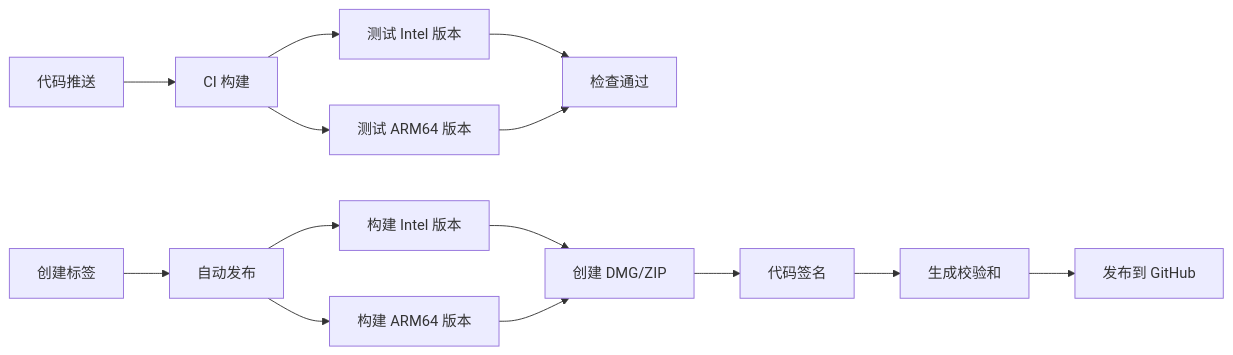
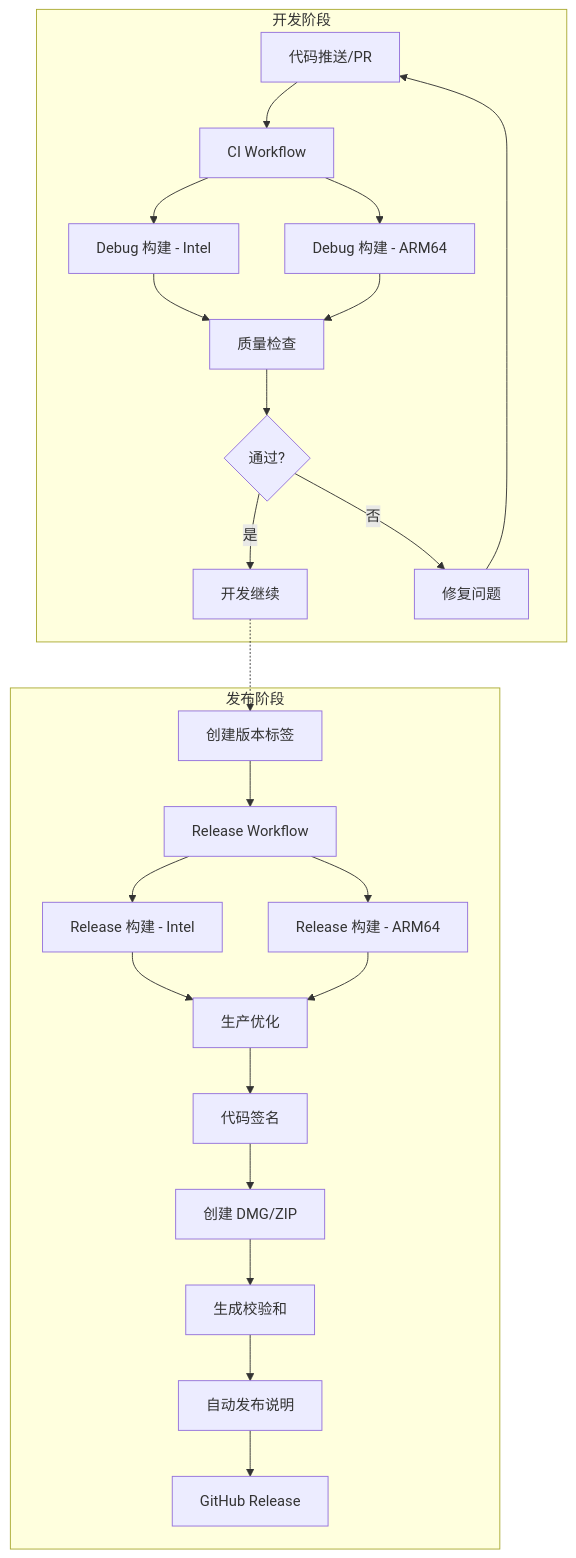
The diagram in docs/CI_SETUP_SUMMARY.md (tekintian/QuickLauncher), drawn with Mermaid before and after one commit. The commit also changed other lines of this file, not shown here.

First line of the commit message:
docs: Add comprehensive CI/CD workflow design principles to CI_SETUP_SUMMARY.md

````diff
--- a/docs/CI_SETUP_SUMMARY.md
+++ b/docs/CI_SETUP_SUMMARY.md
@@ -128,16 +252,29 @@
 ```mermaid
-graph LR
-    A[代码推送] --> B[CI 构建]
-    B --> C[测试 Intel 版本]
-    B --> D[测试 ARM64 版本]
-    C --> E[检查通过]
-    D --> E[检查通过]
-    F[创建标签] --> G[自动发布]
-    G --> H[构建 Intel 版本]
-    G --> I[构建 ARM64 版本]
-    H --> J[创建 DMG/ZIP]
-    I --> J
-    J --> K[代码签名]
-    K --> L[生成校验和]
-    L --> M[发布到 GitHub]
+graph TB
+    subgraph "开发阶段"
+        A[代码推送/PR] --> B[CI Workflow]
+        B --> C[Debug 构建 - Intel]
+        B --> D[Debug 构建 - ARM64]
+        C --> E[质量检查]
+        D --> E
+        E --> F{通过?}
+        F -->|是| G[开发继续]
+        F -->|否| H[修复问题]
+        H --> A
+    end
+    
+    subgraph "发布阶段"
+        I[创建版本标签] --> J[Release Workflow]
+        J --> K[Release 构建 - Intel]
+        J --> L[Release 构建 - ARM64]
+        K --> M[生产优化]
+        L --> M
+        M --> N[代码签名]
+        N --> O[创建 DMG/ZIP]
+        O --> P[生成校验和]
+        P --> Q[自动发布说明]
+        Q --> R[GitHub Release]
+    end
+    
+    G -.-> I
 ```
````
